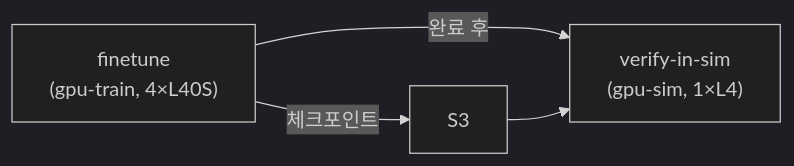
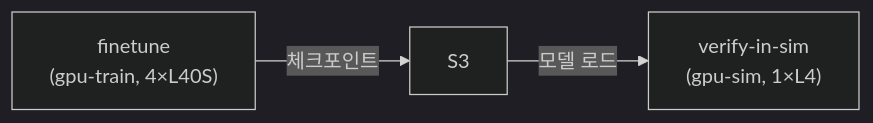
The second of 3 diagrams in osmo/README.md (hi-space/aws-physical-ai-recipes), drawn with Mermaid (dark theme) before and after one commit. The commit also changed other lines of this file and 2 other files, not shown here.

````diff
--- a/osmo/README.md
+++ b/osmo/README.md
@@ -172,6 +238,5 @@
 ```mermaid
 flowchart LR
-    A["finetune\n(gpu-train, 4×L40S)"] -->|"완료 후"| B["verify-in-sim\n(gpu-sim, 1×L4)"]
-    A -->|"체크포인트"| S3["S3"]
-    S3 --> B
+    A["finetune\n(gpu-train, 4×L40S)"] -->|"체크포인트"| S3["S3"]
+    S3 -->|"모델 로드"| B["verify-in-sim\n(gpu-sim, 1×L4)"]
 ```
````
